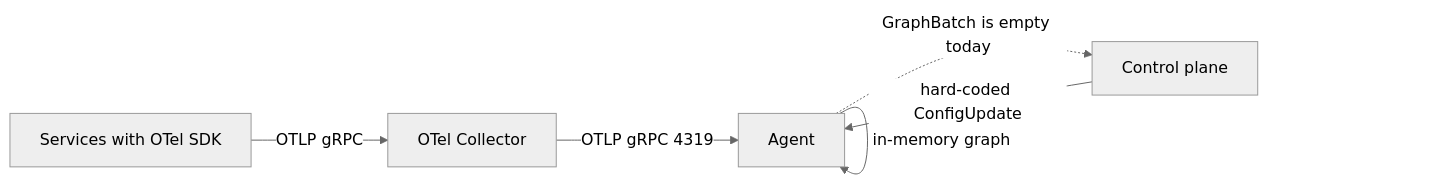
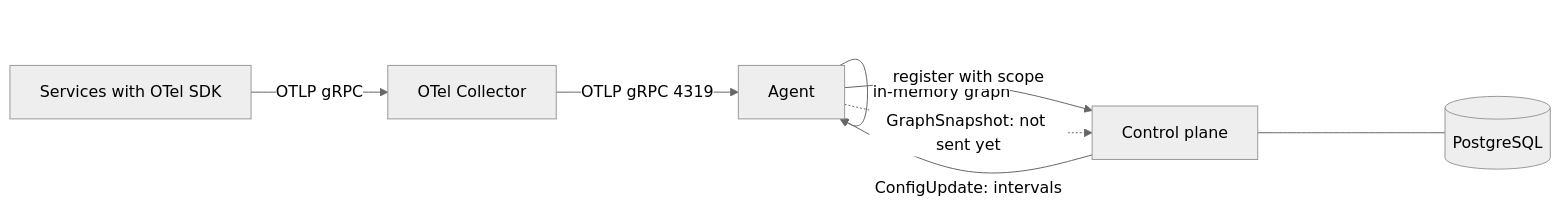
Before and after one commit to Architrace-Intelligence/Architrace: the first of 5 diagrams in documentation/architrace-inteligence/src/content/docs/architecture.md, drawn with Mermaid (neutral theme). The commit also changed other lines of this file and 45 other files, not shown here.

````diff
--- a/documentation/architrace-inteligence/src/content/docs/architecture.md
+++ b/documentation/architrace-inteligence/src/content/docs/architecture.md
@@ -25,8 +25,10 @@
 ```mermaid
 flowchart LR
   App[Services with OTel SDK] -->|OTLP gRPC| Collector[OTel Collector]
   Collector -->|OTLP gRPC 4319| Agent[Agent]
   Agent -->|in-memory graph| Agent
-  Agent -. GraphBatch is empty today .-> CP[Control plane]
-  CP -->|hard-coded ConfigUpdate| Agent
+  Agent -->|register with scope| CP[Control plane]
+  Agent -. GraphSnapshot: not sent yet .-> CP
+  CP -->|ConfigUpdate: intervals| Agent
+  CP --- DB[(PostgreSQL)]
 ```
````
